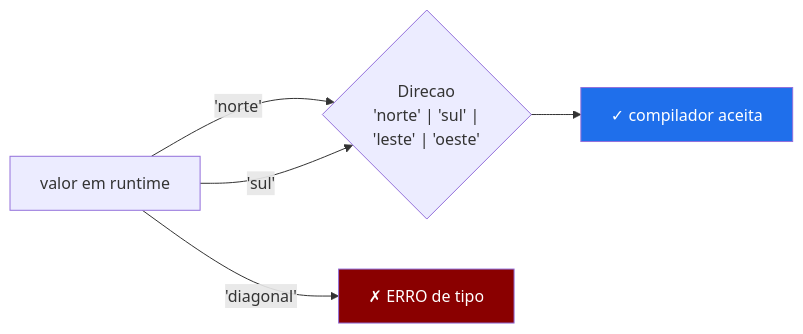
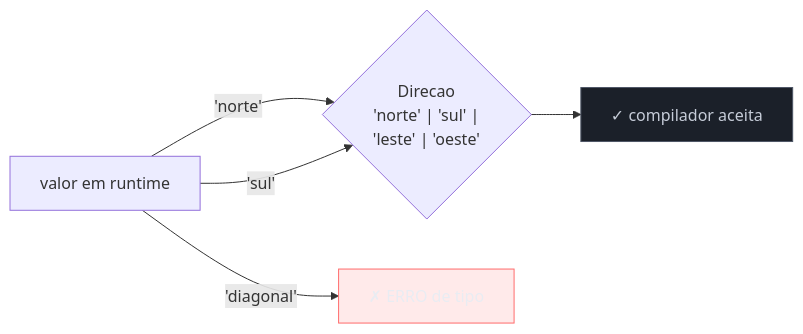
The second of 4 diagrams in 03-Dominios/Tecnologia/TypeScript/07 - Union e intersection types.md (josenaldo/codex-technomanticus), drawn with Mermaid before and after one commit. The commit also changed other lines of this file and 1181 other files, not shown here.

First line of the commit message:
fix(diagramas): paleta do sistema no lugar de cor cravada no markdown

````diff
--- a/03-Dominios/Tecnologia/TypeScript/07 - Union e intersection types.md
+++ b/03-Dominios/Tecnologia/TypeScript/07 - Union e intersection types.md
@@ -144,14 +146,16 @@
 ```mermaid
 flowchart LR
+    classDef neutro fill:#1B2029,stroke:#4E5666,color:#C6CCD8
+    classDef falha fill:#FF6B6B24,stroke:#FF6B6B,color:#E9ECF2
     V["valor em runtime"]
     U{"Direcao\n'norte' | 'sul' |\n'leste' | 'oeste'"}
     OK["✓ compilador aceita"]
     ERR["✗ ERRO de tipo"]
 
     V -->|"'norte'"| U --> OK
     V -->|"'sul'"| U
     V -->|"'diagonal'"| ERR
 
-    style OK fill:#1f6feb,color:#fff
-    style ERR fill:#8a0000,color:#fff
+    class OK neutro
+    class ERR falha
 ```
````
